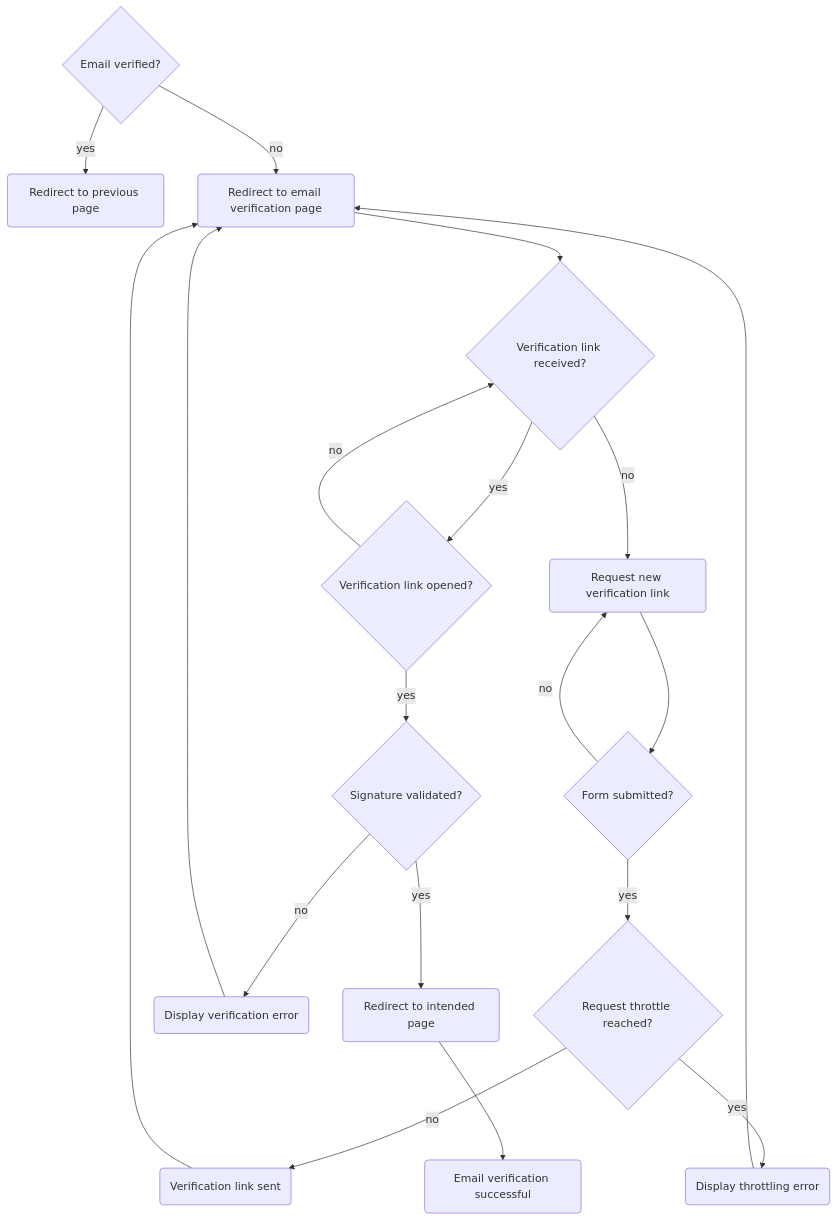
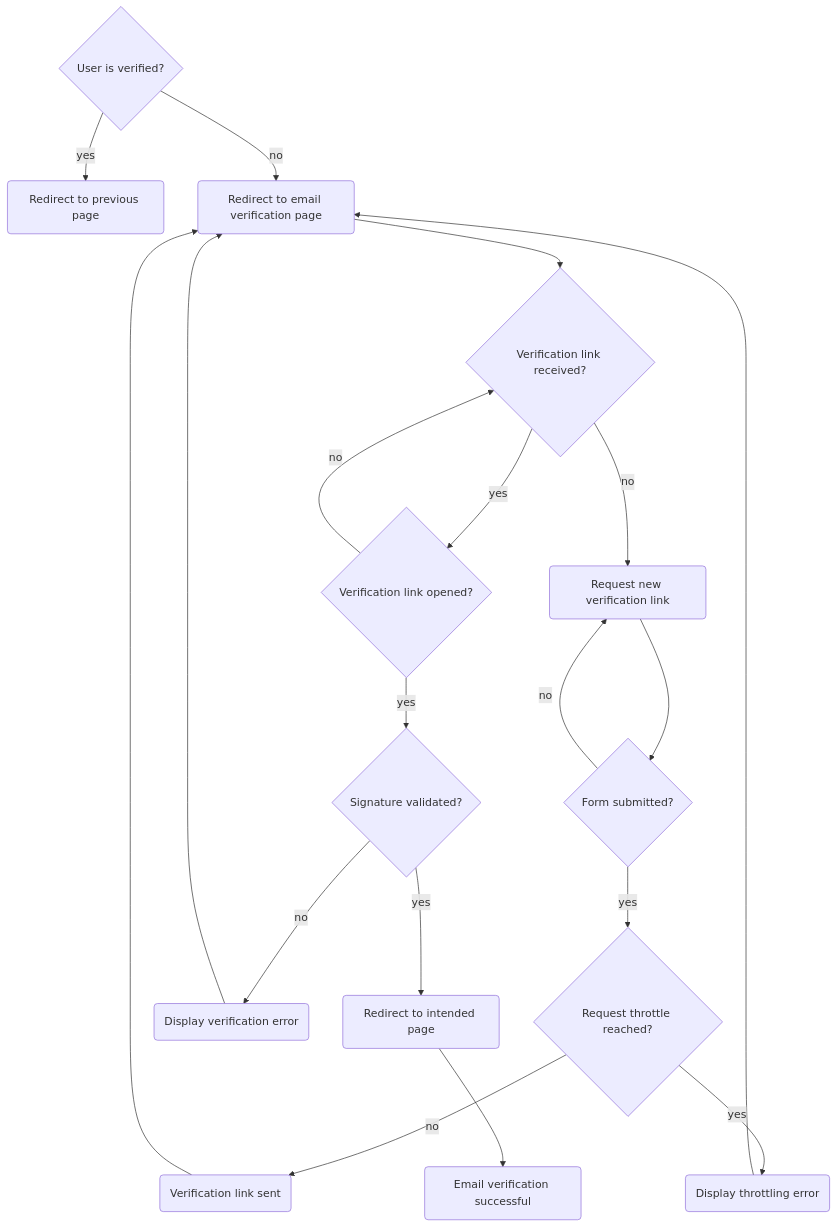
One commit to fsa-ara/shelfly changed the diagram in docs/flowcharts/auth/email-verification.md. Above: the diagram before and after it, drawn with Mermaid.

Commit message:
docs: change label description

````diff
--- a/docs/flowcharts/auth/email-verification.md
+++ b/docs/flowcharts/auth/email-verification.md
@@ -3,38 +3,38 @@
 ```mermaid
 flowchart TB
 
-ev --> | yes | rtpp
-ev --> | no | rtevp
+uiv --> | yes | rtpp
+uiv --> | no | rtevp
 rtevp --> vlr
 vlr --> | no | rnvl
 rnvl --> fs
 fs --> | no | rnvl
 fs --> | yes | rtr
 rtr --> | no | vls
 vls --> rtevp
 rtr --> | yes | dte
 dte --> rtevp
 vlr --> | yes | vlo
 vlo --> | no | vlr
 vlo --> | yes | sv
 sv --> | no | dve
 dve --> rtevp
 sv --> | yes | rtip
 rtip --> evs
 
-ev@{ shape: diamond, label: "Email verified?" }
+uiv@{ shape: diamond, label: "User is verified?" }
 vlr@{ shape: diamond, label: "Verification link received?" }
 fs@{ shape: diamond, label: "Form submitted?" }
 rtr@{ shape: diamond, label: "Request throttle reached?" }
 vlo@{ shape: diamond, label: "Verification link opened?" }
 sv@{ shape: diamond, label: "Signature validated?" }
 
 rtpp@{ shape: rounded, label: "Redirect to previous page" }
 rtevp@{ shape: rounded, label: "Redirect to email verification page" }
 rnvl@{ shape: rounded, label: "Request new verification link" }
 vls@{ shape: rounded, label: "Verification link sent" }
 dte@{ shape: rounded, label: "Display throttling error" }
 dve@{ shape: rounded, label: "Display verification error" }
 rtip@{ shape: rounded, label: "Redirect to intended page" }
 evs@{ shape: rounded, label: "Email verification successful" }
 ```
````
